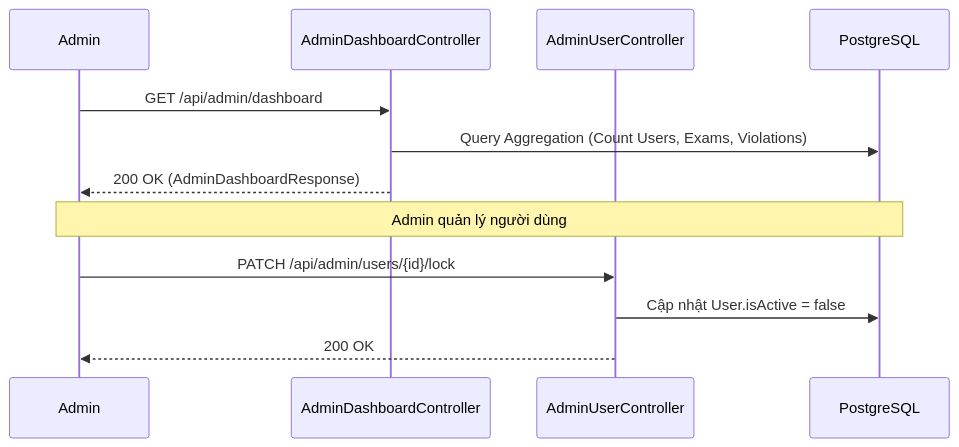
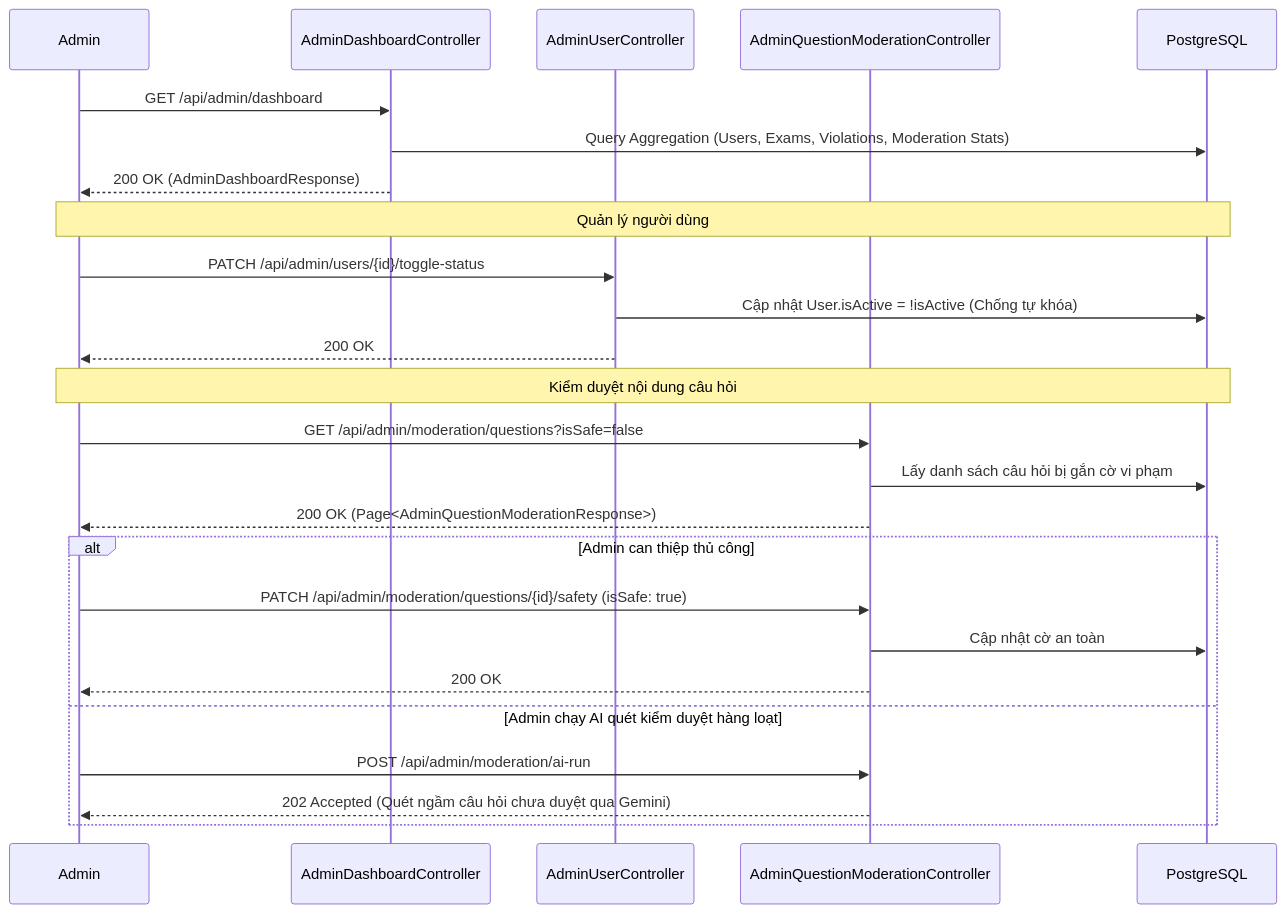
One commit to ayana0409/QuickTest changed the ninth of 9 diagrams in quick-test-system-flows.md. Above: the diagram before and after it, drawn with Mermaid. The commit also changed other lines of this file and 5 other files, not shown here.

Commit message:
docs: update documentation with AI-powered grading, quiz generation, and admin moderation workflows

````diff
--- a/quick-test-system-flows.md
+++ b/quick-test-system-flows.md
@@ -133,16 +282,31 @@
 ```mermaid
 sequenceDiagram
     participant A as Admin
-    participant C as AdminDashboardController
+    participant D as AdminDashboardController
     participant U as AdminUserController
+    participant M as AdminQuestionModerationController
     participant DB as PostgreSQL
     
-    A->>C: GET /api/admin/dashboard
-    C->>DB: Query Aggregation (Count Users, Exams, Violations)
-    C-->>A: 200 OK (AdminDashboardResponse)
+    A->>D: GET /api/admin/dashboard
+    D->>DB: Query Aggregation (Users, Exams, Violations, Moderation Stats)
+    D-->>A: 200 OK (AdminDashboardResponse)
     
-    Note over A,DB: Admin quản lý người dùng
-    A->>U: PATCH /api/admin/users/{id}/lock
-    U->>DB: Cập nhật User.isActive = false
+    Note over A,DB: Quản lý người dùng
+    A->>U: PATCH /api/admin/users/{id}/toggle-status
+    U->>DB: Cập nhật User.isActive = !isActive (Chống tự khóa)
     U-->>A: 200 OK
+    
+    Note over A,DB: Kiểm duyệt nội dung câu hỏi
+    A->>M: GET /api/admin/moderation/questions?isSafe=false
+    M->>DB: Lấy danh sách câu hỏi bị gắn cờ vi phạm
+    M-->>A: 200 OK (Page<AdminQuestionModerationResponse>)
+    
+    alt Admin can thiệp thủ công
+        A->>M: PATCH /api/admin/moderation/questions/{id}/safety (isSafe: true)
+        M->>DB: Cập nhật cờ an toàn
+        M-->>A: 200 OK
+    else Admin chạy AI quét kiểm duyệt hàng loạt
+        A->>M: POST /api/admin/moderation/ai-run
+        M-->>A: 202 Accepted (Quét ngầm câu hỏi chưa duyệt qua Gemini)
+    end
 ```
````
